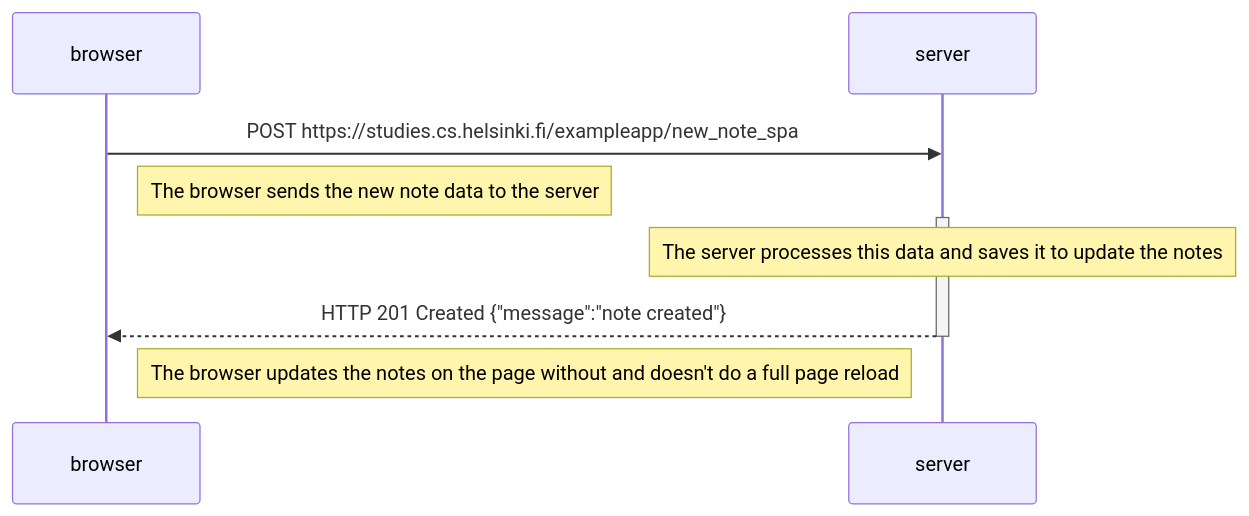
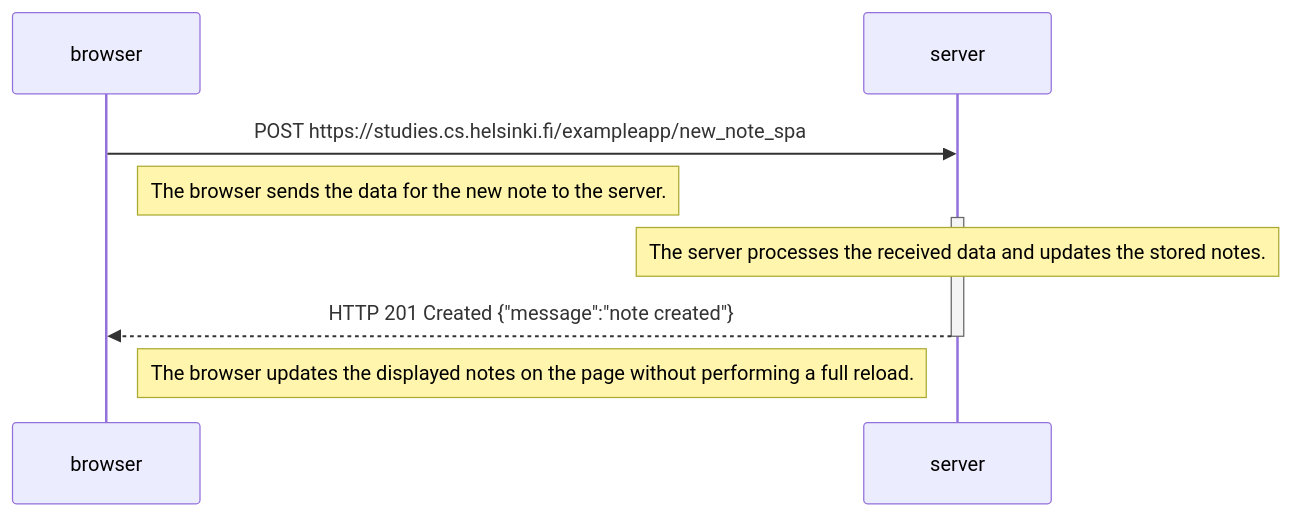
The diagram in part_0/0.6.md (holoflash/full_stack_open), drawn with Mermaid before and after one commit. The commit also changed 2 other files, not shown here.

Commit message:
Improve solutions

````diff
--- a/part_0/0.6.md
+++ b/part_0/0.6.md
@@ -1,14 +1,14 @@
 ```mermaid
 sequenceDiagram
     participant browser
     participant server 
 
     browser->>server: POST https://studies.cs.helsinki.fi/exampleapp/new_note_spa
-    Note right of browser: The browser sends the new note data to the server
+    Note right of browser: The browser sends the data for the new note to the server.
     activate server
-    Note over server: The server processes this data and saves it to update the notes
+    Note over server: The server processes the received data and updates the stored notes.
     server-->>browser: HTTP 201 Created {"message":"note created"}
     deactivate server
 
-    Note right of browser: The browser updates the notes on the page without and doesn't do a full page reload
+    Note right of browser: The browser updates the displayed notes on the page without performing a full reload.
 ```
````
